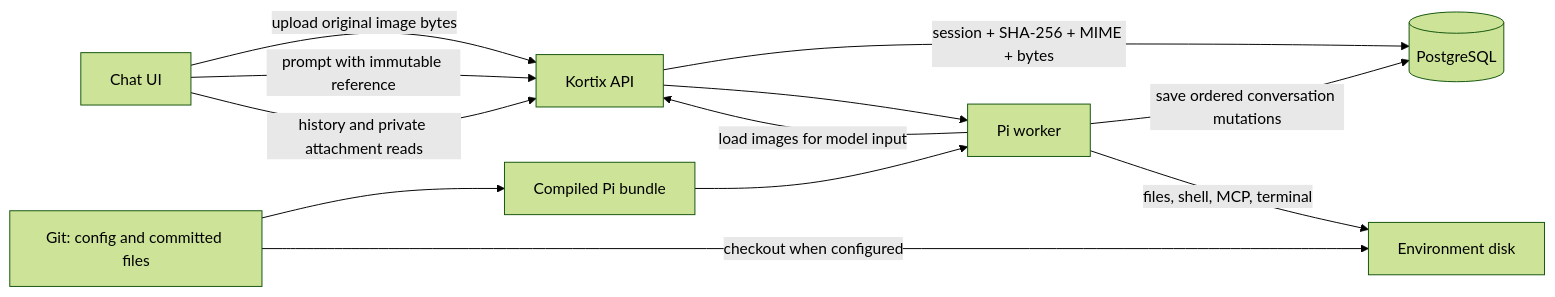
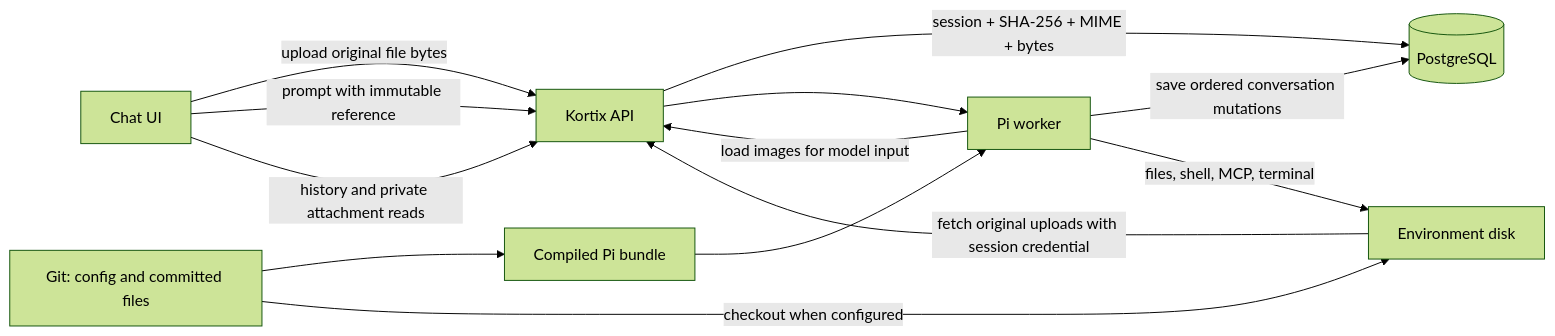
The diagram in docs/PI_STORAGE_READINESS.md (kortix-ai/suna), drawn with Mermaid (forest theme) before and after one commit. The commit also changed other lines of this file and 28 other files, not shown here.

````diff
--- a/docs/PI_STORAGE_READINESS.md
+++ b/docs/PI_STORAGE_READINESS.md
@@ -25,14 +26,15 @@
 ```mermaid
 flowchart LR
-  UI[Chat UI] -->|upload original image bytes| API[Kortix API]
+  UI[Chat UI] -->|upload original file bytes| API[Kortix API]
   API -->|session + SHA-256 + MIME + bytes| DB[(PostgreSQL)]
   UI -->|prompt with immutable reference| API
   API --> W[Pi worker]
   W -->|save ordered conversation mutations| DB
   W -->|load images for model input| API
   UI -->|history and private attachment reads| API
   W -->|files, shell, MCP, terminal| E[Environment disk]
+  E -->|fetch original uploads with session credential| API
   G[Git: config and committed files] --> B[Compiled Pi bundle]
   B --> W
   G -->|checkout when configured| E
 ```
````
